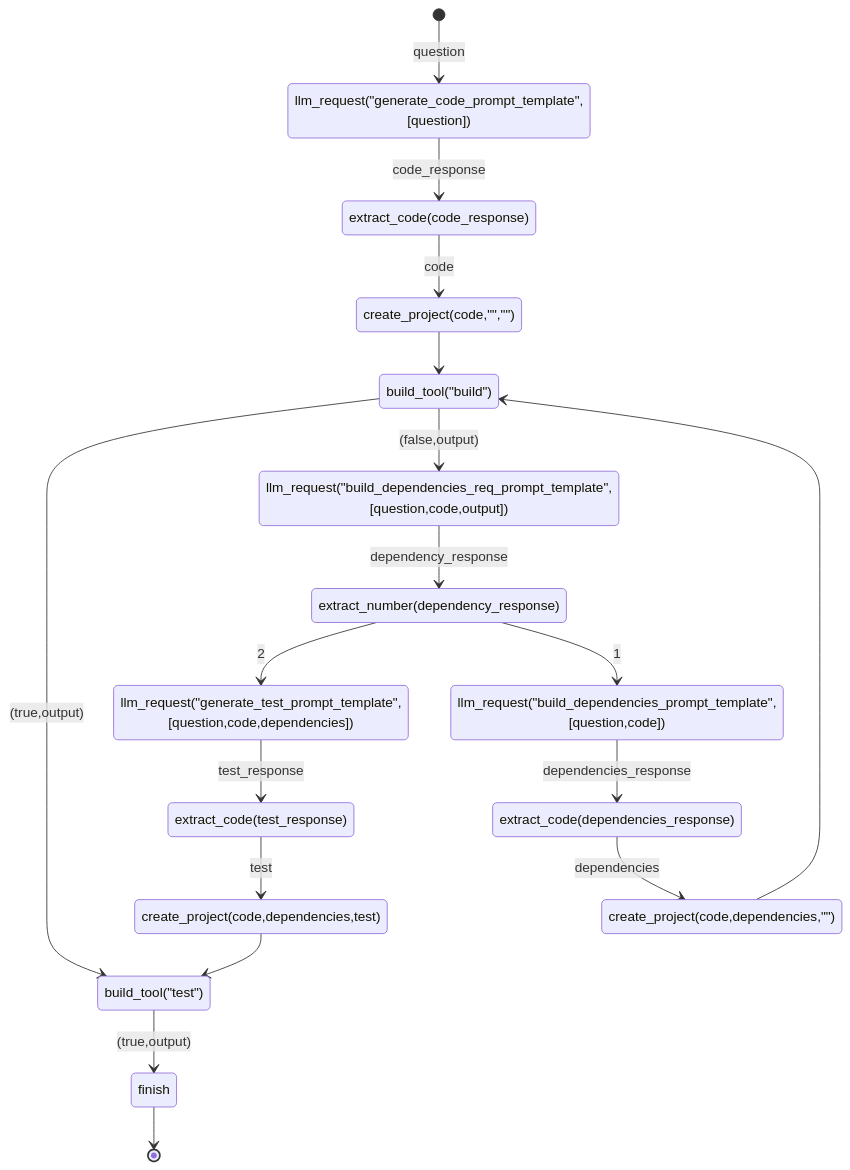
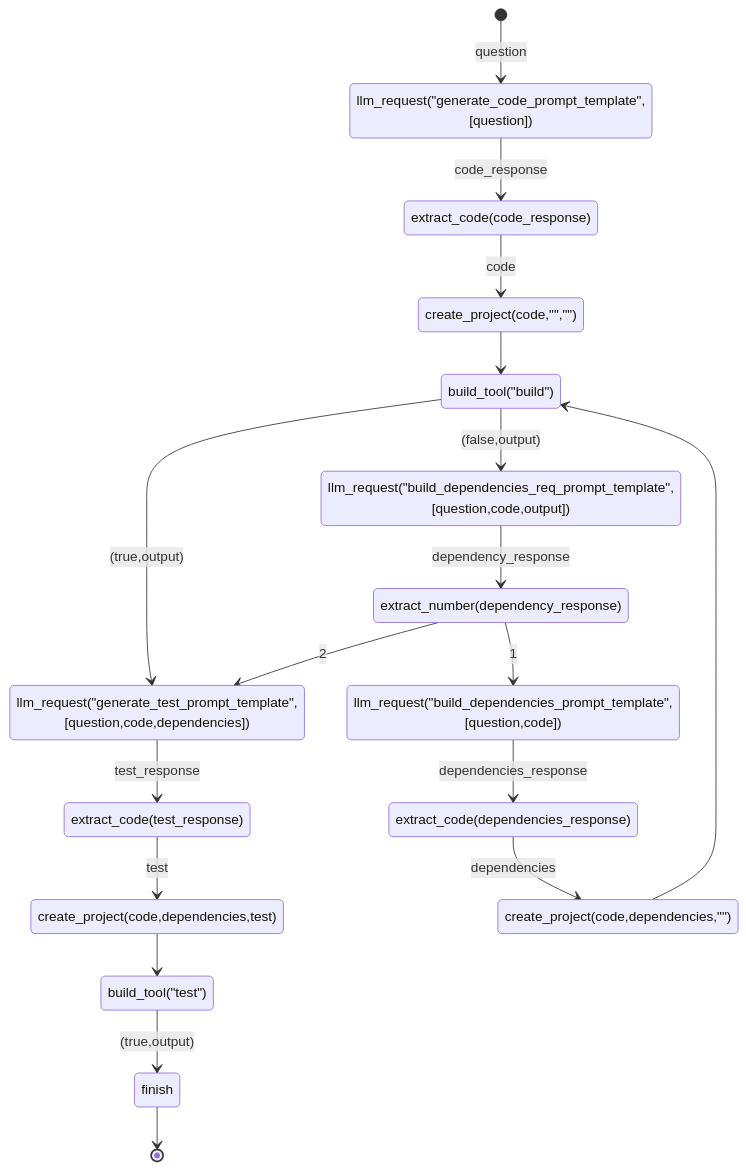
The diagram in state.md (rizgan/LLM-Logic-Exec-Verify), drawn with Mermaid before and after one commit.

Commit message:
state_machine

````diff
--- a/state.md
+++ b/state.md
@@ -1,20 +1,20 @@
 ```mermaid
 stateDiagram
 [*] --> llm_request("generate_code_prompt_template",[question]) : question
 llm_request("generate_code_prompt_template",[question]) --> extract_code(code_response) : code_response
 extract_code(code_response) --> create_project(code,"","") : code
 create_project(code,"","") --> build_tool("build")
 create_project(code,dependencies,"") --> build_tool("build")
 create_project(code,dependencies,test) --> build_tool("test")
 build_tool("test") --> finish : (true,output)
-build_tool("build") --> build_tool("test") : (true,output) 
+build_tool("build") --> llm_request("generate_test_prompt_template",[question,code,dependencies]) : (true,output) 
 build_tool("build") --> llm_request("build_dependencies_req_prompt_template",[question,code,output]) : (false,output) 
 llm_request("build_dependencies_req_prompt_template",[question,code,output])  --> extract_number(dependency_response) : dependency_response
 extract_number(dependency_response) --> llm_request("generate_test_prompt_template",[question,code,dependencies]) : 2
 extract_number(dependency_response) --> llm_request("build_dependencies_prompt_template",[question,code]) : 1
 llm_request("build_dependencies_prompt_template",[question,code]) --> extract_code(dependencies_response) : dependencies_response
 extract_code(dependencies_response) --> create_project(code,dependencies,"") : dependencies 
 llm_request("generate_test_prompt_template",[question,code,dependencies]) --> extract_code(test_response) : test_response
 extract_code(test_response) --> create_project(code,dependencies,test) : test
 finish --> [*]
 ```
````
